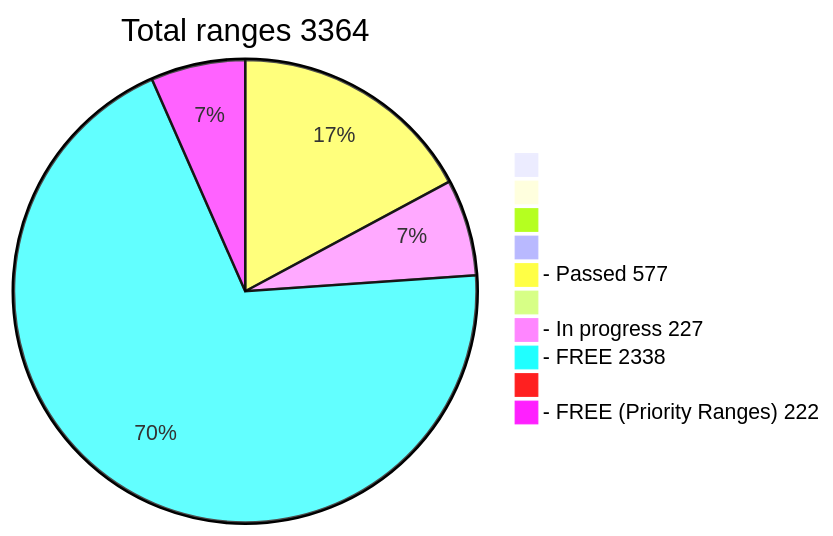
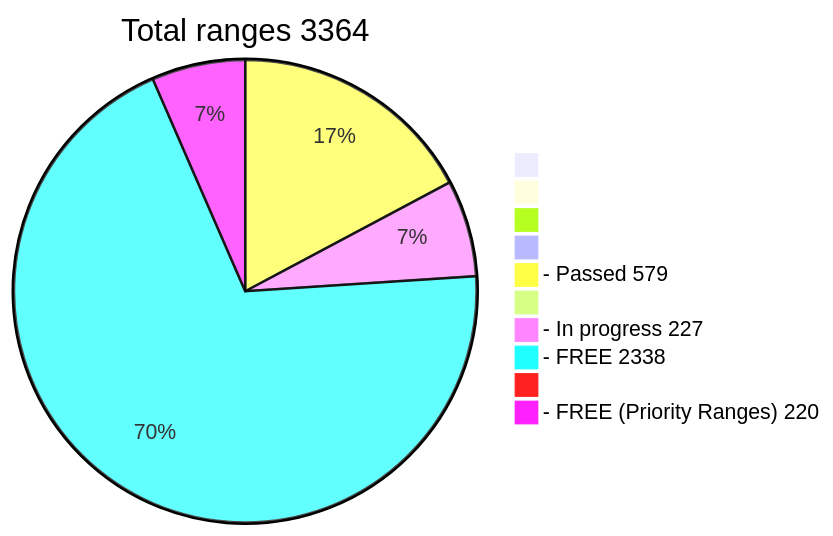
The diagram in README.md (phrutis/wif500), drawn with Mermaid before and after one commit.

````diff
--- a/README.md
+++ b/README.md
@@ -16,13 +16,13 @@
 ```mermaid
 pie title Total ranges 3364
              " " : 0
             "  " : 0
            "   " : 0
           "    " : 0
-  "- Passed 577" : 577
+  "- Passed 579" : 579
          "     " : 0
   "- In progress 227" : 227
    "- FREE 2338" : 2338
         "      " : 0
-  "- FREE (Priority Ranges) 222" : 222
+  "- FREE (Priority Ranges) 220" : 220
 ```
````
